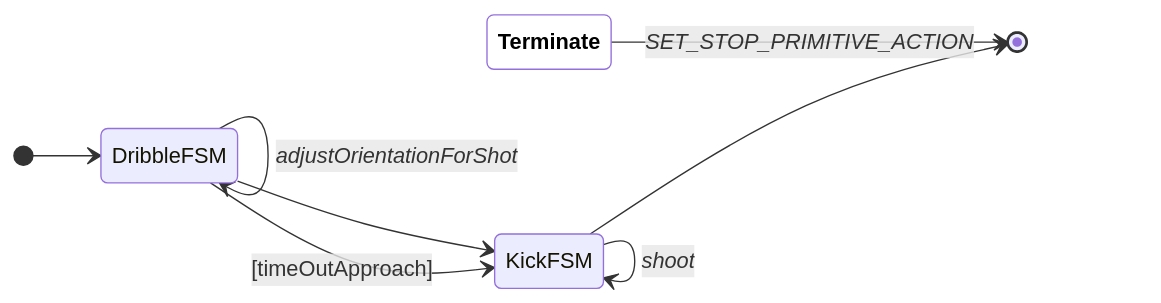
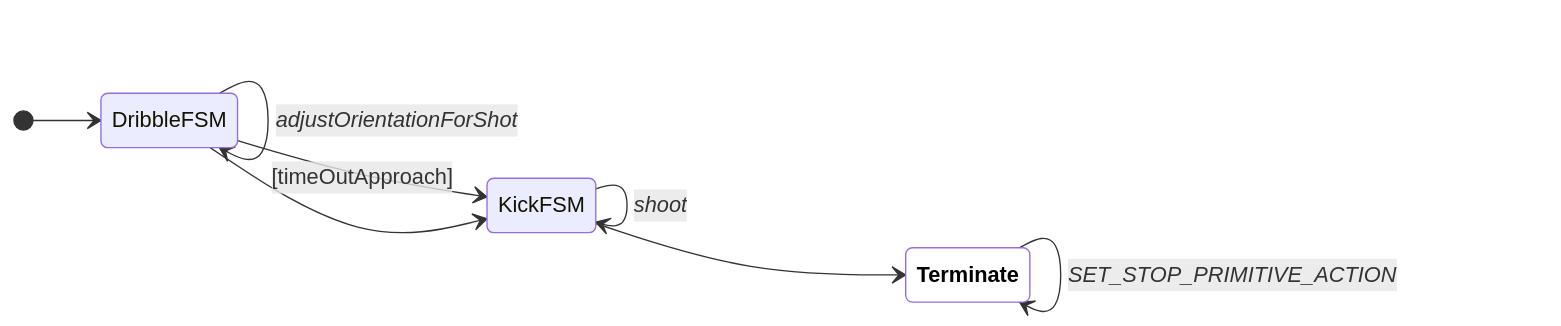
The ninth of 16 diagrams in docs/fsm-diagrams.md (UBC-Thunderbots/Software), drawn with Mermaid before and after one commit. The commit also changed other lines of this file and 1 other file, not shown here.

Commit message:
Combine end and terminate state

````diff
--- a/docs/fsm-diagrams.md
+++ b/docs/fsm-diagrams.md
@@ -154,15 +154,15 @@
 ```mermaid
 
 stateDiagram-v2
 classDef terminate fill:white,color:black,font-weight:bold
 direction LR
 [*] --> DribbleFSM
 DribbleFSM --> DribbleFSM : [!takePenaltyShot]\n<i>updateApproachKeeper</i>
 DribbleFSM --> KickFSM : [timeOutApproach]
 DribbleFSM --> DribbleFSM : <i>adjustOrientationForShot</i>
 DribbleFSM --> KickFSM
 KickFSM --> KickFSM : <i>shoot</i>
-KickFSM --> [*]
-Terminate:::terminate --> [*] : <i>SET_STOP_PRIMITIVE_ACTION</i>
+KickFSM --> Terminate:::terminate
+Terminate:::terminate --> Terminate:::terminate : <i>SET_STOP_PRIMITIVE_ACTION</i>
 
 ```
````
